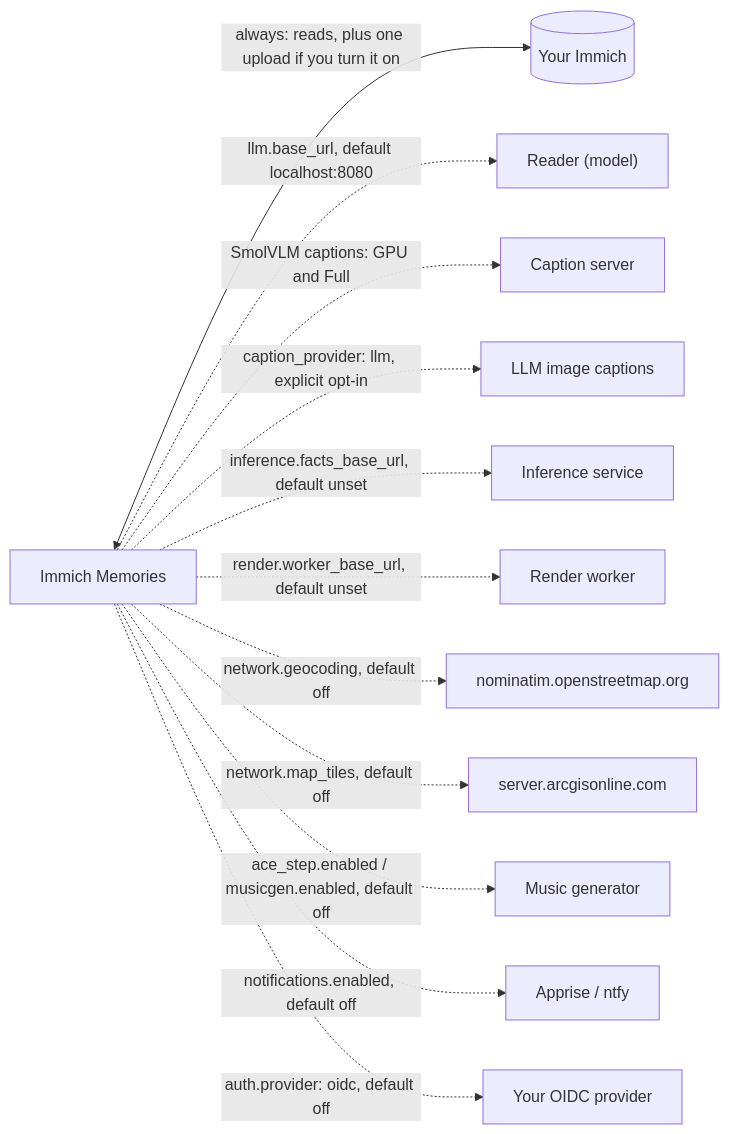
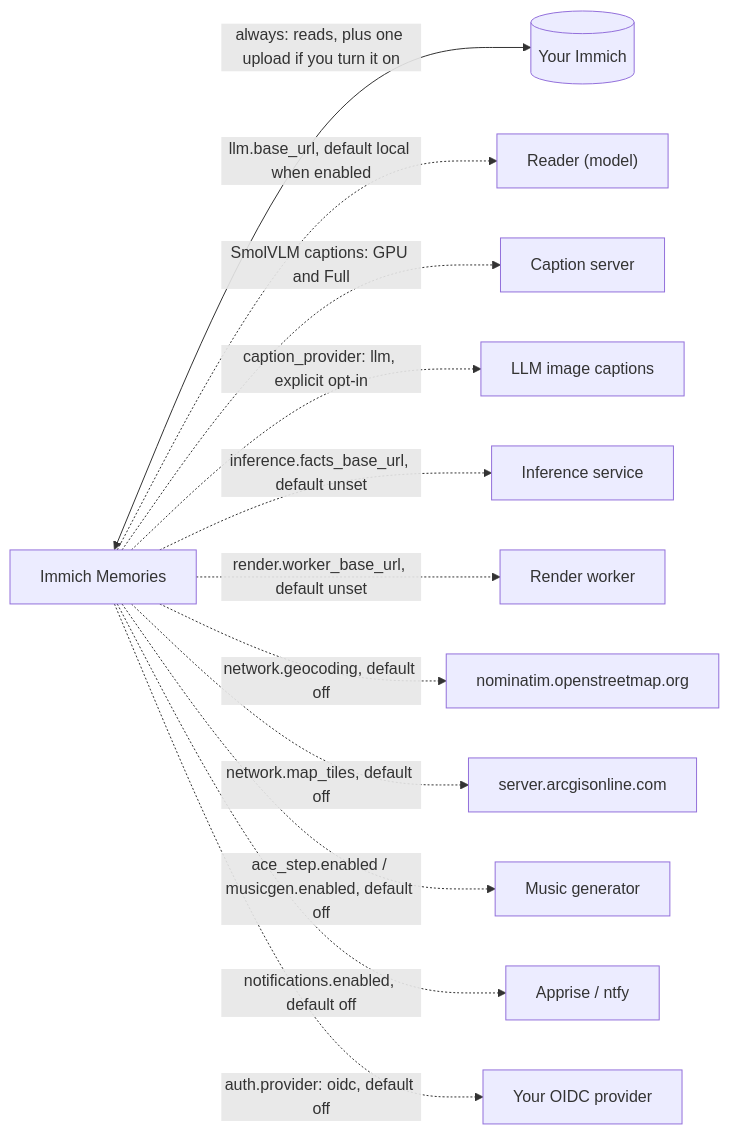
The diagram in docs-site/docs/run/privacy.md (sam-dumont/immich-memories), drawn with Mermaid before and after one commit. The commit also changed other lines of this file and 76 other files, not shown here.

Commit message:
feat(inference): manage local reader and audio memory

````diff
--- a/docs-site/docs/run/privacy.md
+++ b/docs-site/docs/run/privacy.md
@@ -14,14 +14,14 @@
 ```mermaid
 flowchart LR
   app["Immich Memories"] <-->|"always: reads, plus one upload if you turn it on"| immich[("Your Immich")]
-  app -.->|"llm.base_url, default localhost:8080"| reader["Reader (model)"]
+  app -.->|"llm.base_url, default local when enabled"| reader["Reader (model)"]
   app -.->|"SmolVLM captions: GPU and Full"| captioner["Caption server"]
   app -.->|"caption_provider: llm, explicit opt-in"| vision["LLM image captions"]
   app -.->|"inference.facts_base_url, default unset"| inference["Inference service"]
   app -.->|"render.worker_base_url, default unset"| worker["Render worker"]
   app -.->|"network.geocoding, default off"| nominatim["nominatim.openstreetmap.org"]
   app -.->|"network.map_tiles, default off"| arcgis["server.arcgisonline.com"]
   app -.->|"ace_step.enabled / musicgen.enabled, default off"| music["Music generator"]
   app -.->|"notifications.enabled, default off"| notify["Apprise / ntfy"]
   app -.->|"auth.provider: oidc, default off"| oidc["Your OIDC provider"]
 ```
````
